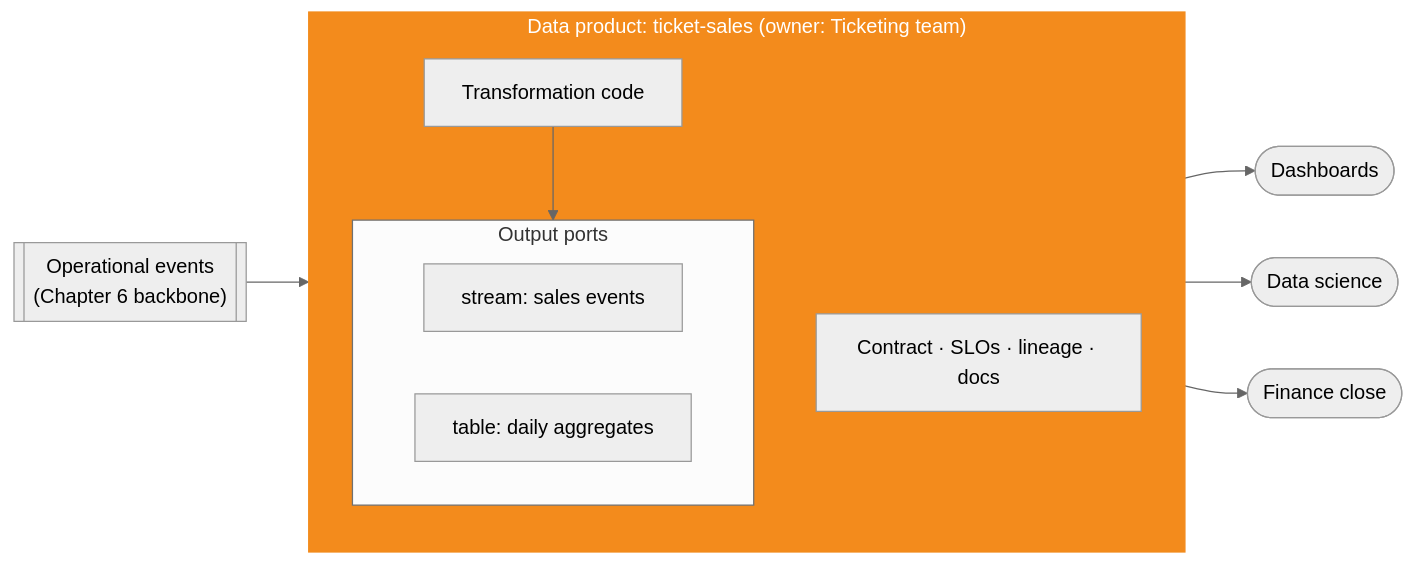
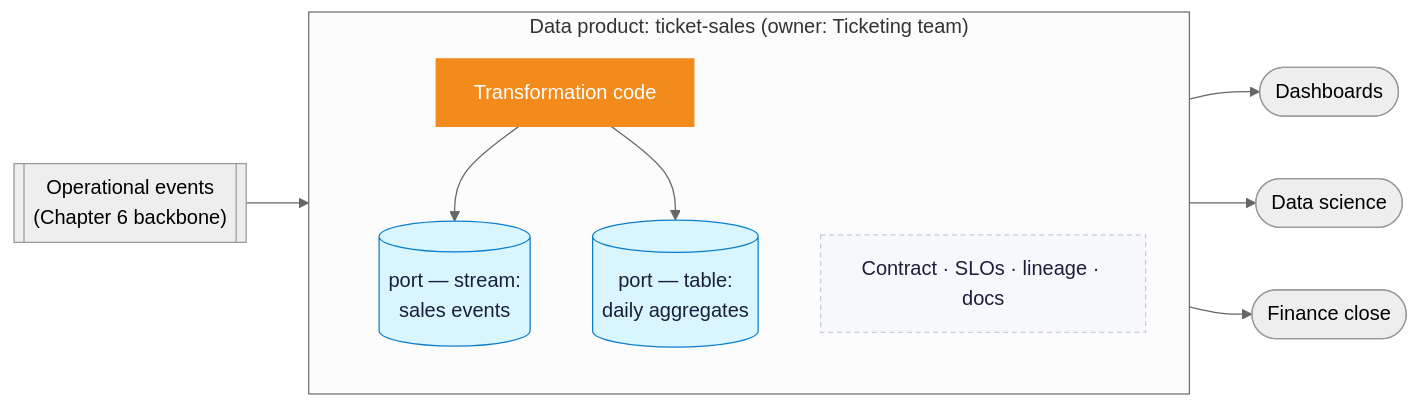
Before and after one commit to oleksiyp/arch-book: diagram 17 of 22 in README.md, drawn with Mermaid (neutral theme). The commit also changed other lines of this file and 2 other files, not shown here.

First line of the commit message:
Mermaid theme overhaul + gradient slash aligned with title

```diff
--- a/README.md
+++ b/README.md
@@ -1580,16 +1582,17 @@
 <pre class="mermaid">
 flowchart LR
+    src[["Operational events<br/>(Chapter 6 backbone)"]] --> code
     subgraph dp["Data product: ticket-sales (owner: Ticketing team)"]
         direction TB
-        code["Transformation code"] --> ports
-        subgraph ports["Output ports"]
-            s["stream: sales events"]
-            t["table: daily aggregates"]
-        end
+        code["Transformation code"] --> s[("port — stream:<br/>sales events")] & t[("port — table:<br/>daily aggregates")]
         meta["Contract · SLOs · lineage · docs"]
     end
-    src[["Operational events<br/>(Chapter 6 backbone)"]] --> code
-    ports --> bi([Dashboards]) & ds([Data science]) & fin([Finance close])
+    s --> bi([Dashboards]) & ds([Data science])
+    t --> fin([Finance close])
     classDef hot fill:#f38b1c,stroke:#f38b1c,color:#fff
-    class dp hot
+    class code hot
+    classDef store fill:#d9f6ff,stroke:#0b7ecb,color:#1b1f3b
+    class s,t store
+    classDef meta fill:#f6f8fb,stroke:#c6cdd6,stroke-dasharray:4 3,color:#1b1f3b
+    class meta meta
 </pre>
```
